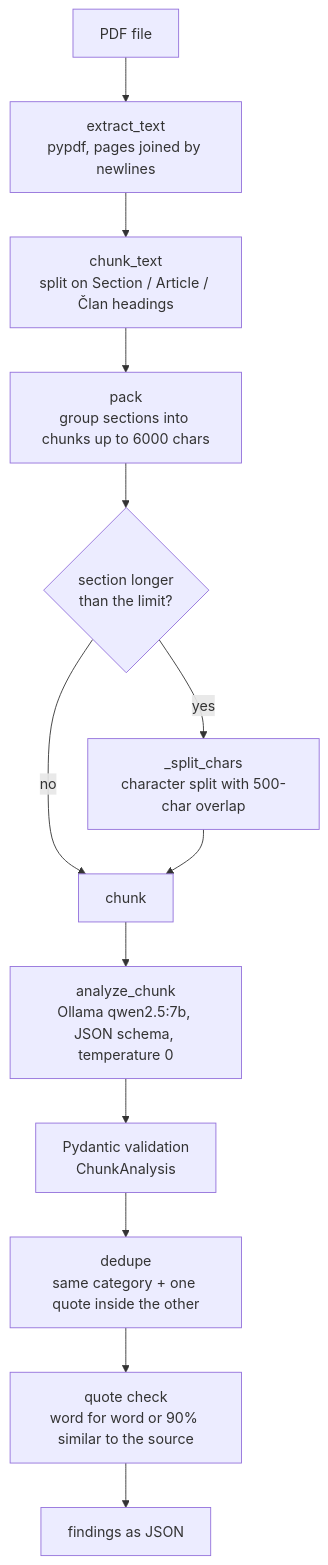
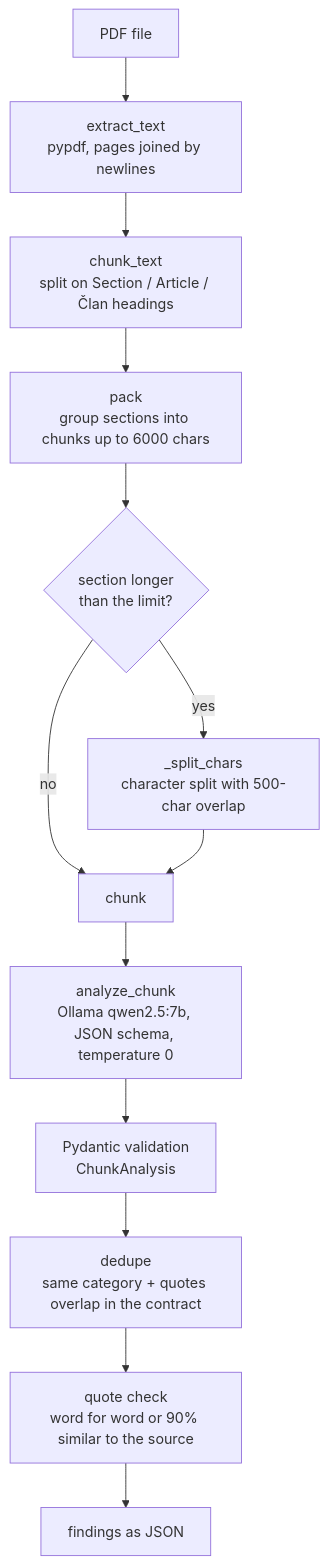
One commit to zoki8/ai-contract-analyzer changed the first of 4 diagrams in README.md. Above: the diagram before and after it, drawn with Mermaid. The commit also changed other lines of this file and 2 other files, not shown here.

Commit message:
Update README for dedupe, SQLite jobs and stress test; add job persistence tests

````diff
--- a/README.md
+++ b/README.md
@@ -121,15 +122,15 @@
 ```mermaid
 flowchart TD
     A[PDF file] --> B[extract_text<br/>pypdf, pages joined by newlines]
     B --> C[chunk_text<br/>split on Section / Article / Član headings]
     C --> D[pack<br/>group sections into chunks up to 6000 chars]
     D --> E{section longer<br/>than the limit?}
     E -- yes --> F[_split_chars<br/>character split with 500-char overlap]
     E -- no --> G[chunk]
     F --> G
     G --> H[analyze_chunk<br/>Ollama qwen2.5:7b, JSON schema, temperature 0]
     H --> I[Pydantic validation<br/>ChunkAnalysis]
-    I --> J[dedupe<br/>same category + one quote inside the other]
+    I --> J[dedupe<br/>same category + quotes overlap in the contract]
     J --> K[quote check<br/>word for word or 90% similar to the source]
     K --> L[findings as JSON]
 ```
````
